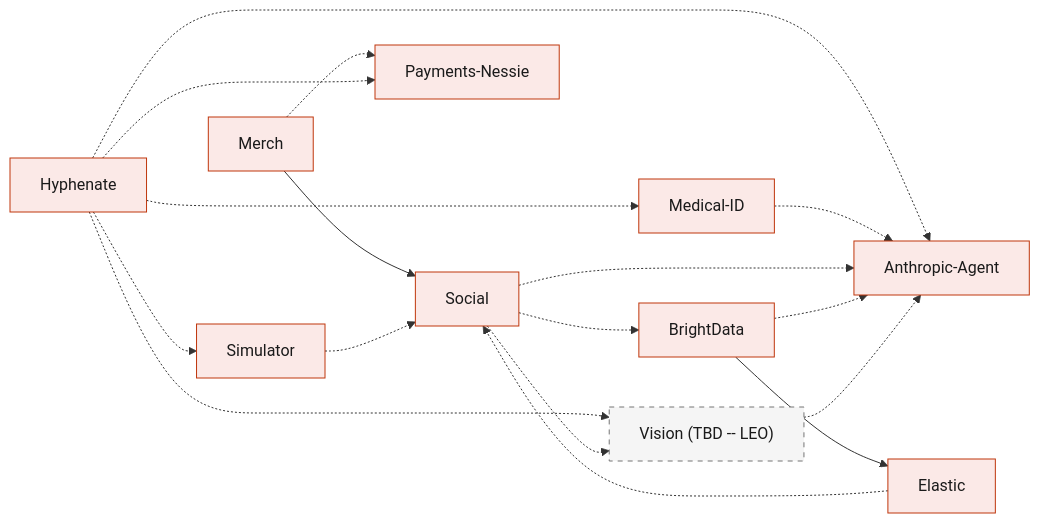
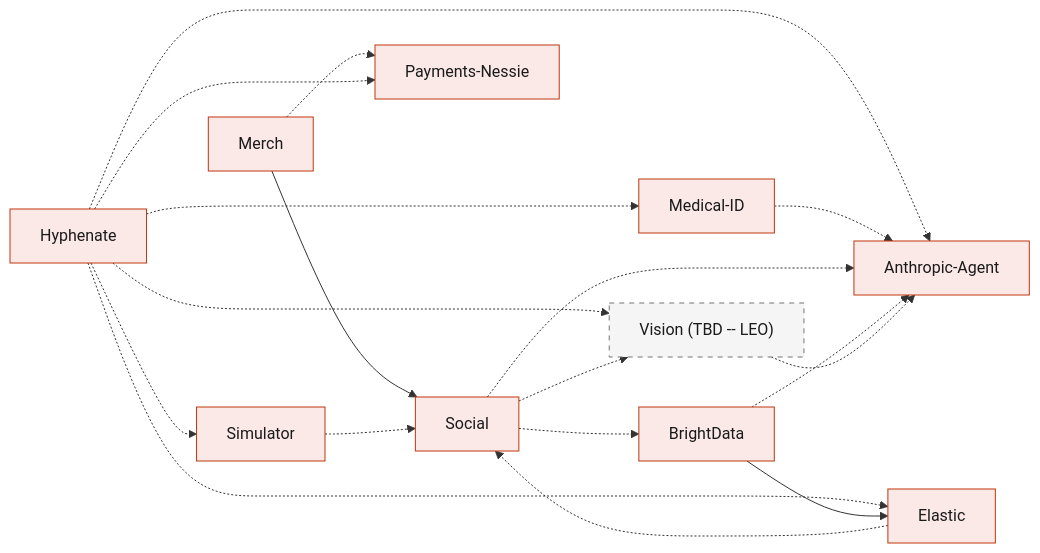
The diagram in System Design/README.md (viktorinkov/cal-hacks-13), drawn with Mermaid before and after one commit. The commit also changed other lines of this file and 6 other files, not shown here.

````diff
--- a/System Design/README.md
+++ b/System Design/README.md
@@ -59,35 +59,36 @@
 ```mermaid
 flowchart LR
   Merch["Merch"]
   Hyp["Hyphenate"]
   Soc["Social"]
   Ela["Elastic"]
   Med["Medical-ID"]
   AI["Anthropic-Agent"]
   BD["BrightData"]
   Pay["Payments-Nessie"]
   Vision["Vision (TBD -- LEO)"]
   Sim["Simulator"]
 
   Merch --> Soc
   Merch -.-> Pay
   Hyp -.-> Med
   Hyp -.-> Pay
   Hyp -.-> AI
   Hyp -.-> Vision
   Hyp -.-> Sim
+  Hyp -.-> Ela
   Med -.-> AI
   Soc -.-> AI
   Soc -.-> Vision
   Soc -.-> BD
   Sim -.-> Soc
   BD --> Ela
   BD -.-> AI
   Ela -.-> Soc
   Vision -.-> AI
 
   classDef rust fill:#FBE9E7,stroke:#BF360C,color:#1A1A1A
   classDef tbd fill:#F5F5F5,stroke:#757575,color:#1A1A1A,stroke-dasharray:5 5
   class Merch,Hyp,Soc,Ela,Med,AI,BD,Pay,Sim rust
   class Vision tbd
 ```
````
